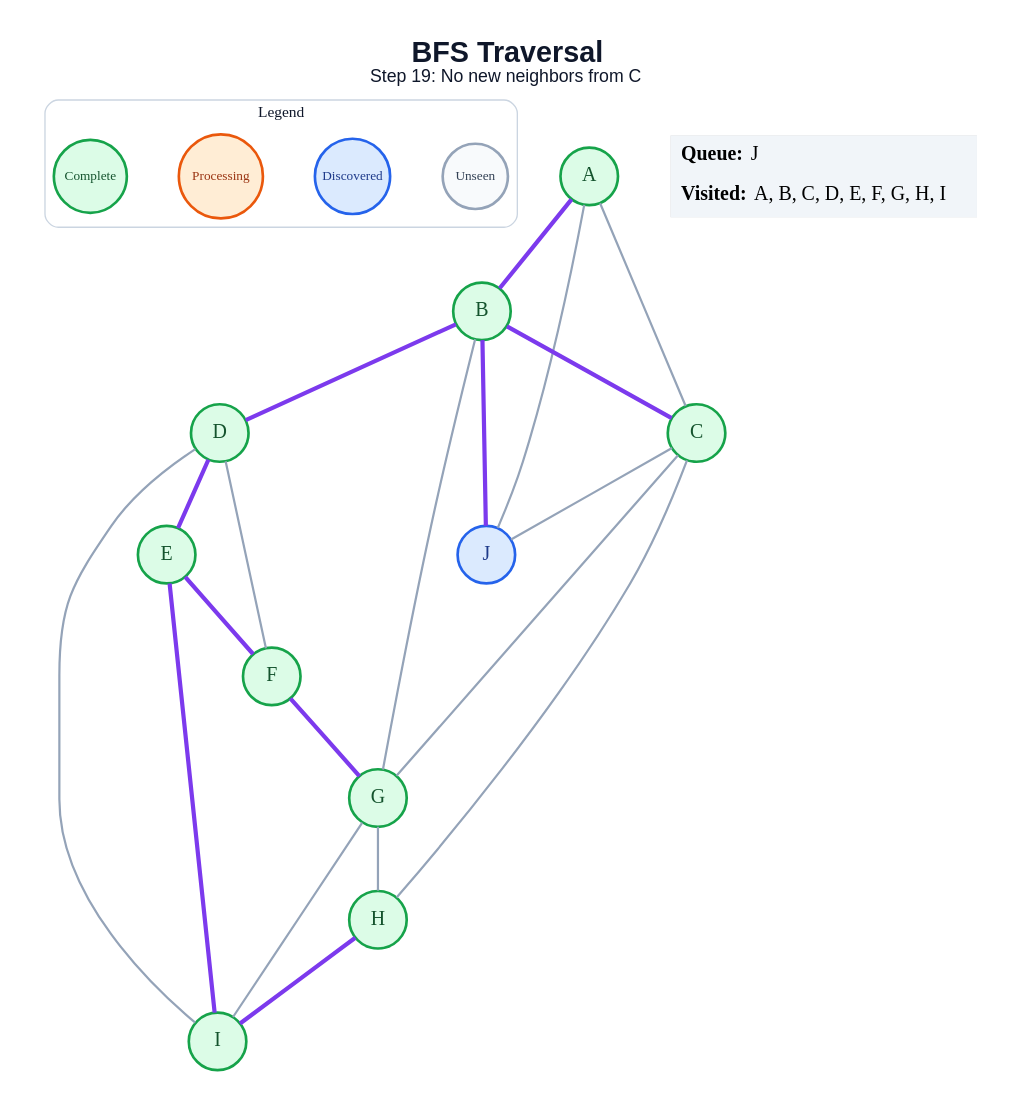
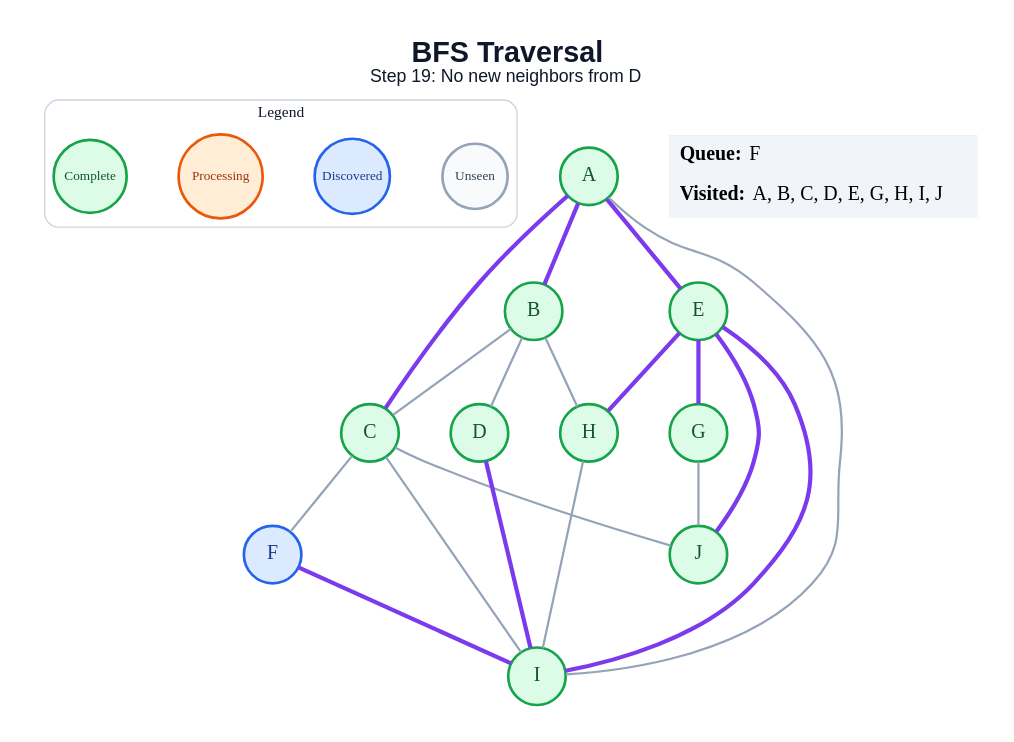
Before and after one commit to amanghodawala9/ai-slop: the diagram in generated/specific-node/bfs/step_19.dot, drawn with Graphviz. The commit also changed 178 other files, not shown here.

```diff
--- a/generated/specific-node/bfs/step_19.dot
+++ b/generated/specific-node/bfs/step_19.dot
@@ -1,48 +1,47 @@
 graph traversal {
   graph [layout=dot, rankdir=TB, bgcolor="#FFFFFF", pad="0.35", nodesep="0.65", ranksep="0.8", fontname="Arial"];
   node [shape=circle, style="filled", fontname="Arial Bold", fontsize=18, width=0.72, fixedsize=true, penwidth=2.4];
   edge [color="#94A3B8", penwidth=2.0];
-  label=<<B>BFS Traversal</B><BR/><FONT POINT-SIZE="16">Step 19: No new neighbors from C</FONT>>; labelloc="t"; fontsize=26; fontname="Arial"; fontcolor="#0F172A";
+  label=<<B>BFS Traversal</B><BR/><FONT POINT-SIZE="16">Step 19: No new neighbors from D</FONT>>; labelloc="t"; fontsize=26; fontname="Arial"; fontcolor="#0F172A";
   subgraph cluster_legend { label="Legend"; color="#CBD5E1"; penwidth=1.2; style="rounded"; fontsize=14; fontname="Arial Bold";
     key_unseen [label="Unseen", fillcolor="#F8FAFC", color="#94A3B8", fontcolor="#334155", fontsize=12, width=0.82];
     key_frontier [label="Discovered", fillcolor="#DBEAFE", color="#2563EB", fontcolor="#1E3A8A", fontsize=12, width=0.95];
     key_current [label="Processing", fillcolor="#FFEDD5", color="#EA580C", fontcolor="#9A3412", fontsize=12, width=1.05];
     key_done [label="Complete", fillcolor="#DCFCE7", color="#16A34A", fontcolor="#14532D", fontsize=12, width=0.92];
     { rank=same; key_unseen; key_frontier; key_current; key_done; }
   }
   A [fillcolor="#DCFCE7", color="#16A34A", fontcolor="#14532D"];
   B [fillcolor="#DCFCE7", color="#16A34A", fontcolor="#14532D"];
   C [fillcolor="#DCFCE7", color="#16A34A", fontcolor="#14532D"];
   D [fillcolor="#DCFCE7", color="#16A34A", fontcolor="#14532D"];
   E [fillcolor="#DCFCE7", color="#16A34A", fontcolor="#14532D"];
-  F [fillcolor="#DCFCE7", color="#16A34A", fontcolor="#14532D"];
+  F [fillcolor="#DBEAFE", color="#2563EB", fontcolor="#1E3A8A"];
   G [fillcolor="#DCFCE7", color="#16A34A", fontcolor="#14532D"];
   H [fillcolor="#DCFCE7", color="#16A34A", fontcolor="#14532D"];
   I [fillcolor="#DCFCE7", color="#16A34A", fontcolor="#14532D"];
-  J [fillcolor="#DBEAFE", color="#2563EB", fontcolor="#1E3A8A"];
+  J [fillcolor="#DCFCE7", color="#16A34A", fontcolor="#14532D"];
   A -- B [color="#7C3AED", penwidth=3.8];
-  A -- C;
-  A -- J;
-  B -- C [color="#7C3AED", penwidth=3.8];
-  B -- D [color="#7C3AED", penwidth=3.8];
-  B -- G;
-  B -- J [color="#7C3AED", penwidth=3.8];
-  C -- G;
-  C -- H;
+  A -- C [color="#7C3AED", penwidth=3.8];
+  A -- E [color="#7C3AED", penwidth=3.8];
+  A -- I;
+  B -- C;
+  B -- D;
+  B -- H;
+  C -- F;
+  C -- I;
   C -- J;
-  D -- E [color="#7C3AED", penwidth=3.8];
-  D -- F;
-  D -- I;
-  E -- F [color="#7C3AED", penwidth=3.8];
+  D -- I [color="#7C3AED", penwidth=3.8];
+  E -- G [color="#7C3AED", penwidth=3.8];
+  E -- H [color="#7C3AED", penwidth=3.8];
   E -- I [color="#7C3AED", penwidth=3.8];
-  F -- G [color="#7C3AED", penwidth=3.8];
-  G -- H;
-  G -- I;
-  H -- I [color="#7C3AED", penwidth=3.8];
+  E -- J [color="#7C3AED", penwidth=3.8];
+  F -- I [color="#7C3AED", penwidth=3.8];
+  G -- J;
+  H -- I;
   status [shape=plain, fixedsize=false, width=0, height=0, margin=0, label=<
     <TABLE BORDER="0" CELLBORDER="0" CELLPADDING="7" BGCOLOR="#F1F5F9">
-      <TR><TD ALIGN="LEFT"><B>Queue:</B> J</TD></TR>
-      <TR><TD ALIGN="LEFT"><B>Visited:</B> A, B, C, D, E, F, G, H, I</TD></TR>
+      <TR><TD ALIGN="LEFT"><B>Queue:</B> F</TD></TR>
+      <TR><TD ALIGN="LEFT"><B>Visited:</B> A, B, C, D, E, G, H, I, J</TD></TR>
     </TABLE>
   >];
 }
```
